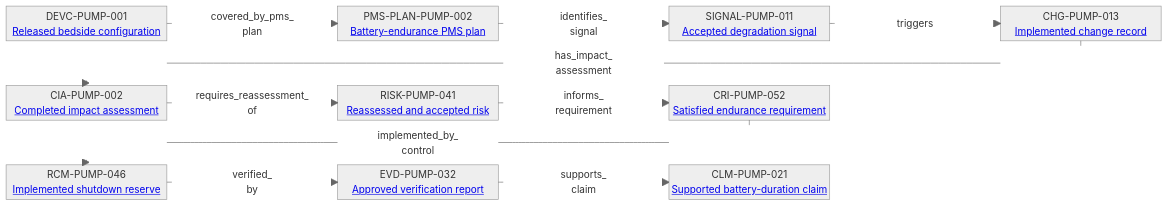
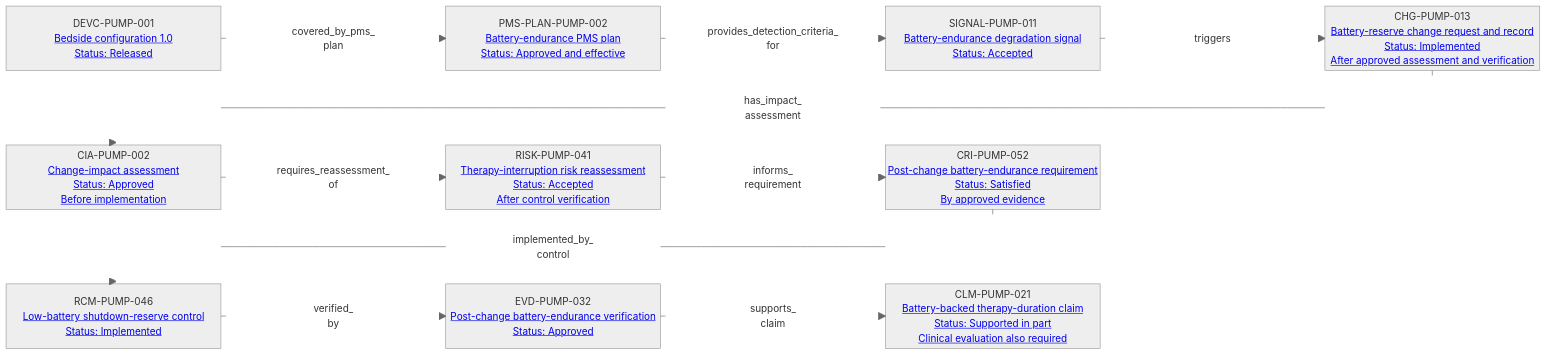
Before and after one commit to mvattulainen/mdrontology: the diagram in content/06-Infpump FlowGuard ontology notes/connections/11-completed-battery-endurance-lifecycle.md, drawn with Mermaid (neutral theme). The commit also changed other lines of this file and 220 other files, not shown here.

````diff
--- a/content/06-Infpump FlowGuard ontology notes/connections/11-completed-battery-endurance-lifecycle.md
+++ b/content/06-Infpump FlowGuard ontology notes/connections/11-completed-battery-endurance-lifecycle.md
@@ -24,45 +24,45 @@
 ```mermaid
 %%{init: {"block": {"useMaxWidth": false}}}%%
 block-beta
   columns 7
-  N1["DEVC-PUMP-001<br/><a href='../../06-infpump-flowguard-ontology-notes/device-configuration/devc-pump-001-infpump-flowguard-bedside-configuration-10'>Released bedside configuration</a>"] L1["covered_by_pms_<br/>plan"] N2["PMS-PLAN-PUMP-002<br/><a href='../../06-infpump-flowguard-ontology-notes/pms-plan/pms-plan-pump-002-bedside-battery-endurance-post-market-surveillance-plan'>Battery-endurance PMS plan</a>"] L2["identifies_<br/>signal"] N3["SIGNAL-PUMP-011<br/><a href='../../06-infpump-flowguard-ontology-notes/signal/signal-pump-011-confirmed-battery-endurance-degradation-trend'>Accepted degradation signal</a>"] L3["triggers"] N4["CHG-PUMP-013<br/><a href='../../06-infpump-flowguard-ontology-notes/change/chg-pump-013-battery-energy-reserve-threshold-update'>Implemented change record</a>"]
+  N1["DEVC-PUMP-001<br/><a href='../../06-infpump-flowguard-ontology-notes/device-configuration/devc-pump-001-infpump-flowguard-bedside-configuration-10'>Bedside configuration 1.0<br/>Status: Released</a>"] L1["covered_by_pms_<br/>plan"] N2["PMS-PLAN-PUMP-002<br/><a href='../../06-infpump-flowguard-ontology-notes/pms-plan/pms-plan-pump-002-bedside-battery-endurance-post-market-surveillance-plan'>Battery-endurance PMS plan<br/>Status: Approved and effective</a>"] L2["provides_detection_criteria_<br/>for"] N3["SIGNAL-PUMP-011<br/><a href='../../06-infpump-flowguard-ontology-notes/signal/signal-pump-011-confirmed-battery-endurance-degradation-trend'>Battery-endurance degradation signal<br/>Status: Accepted</a>"] L3["triggers"] N4["CHG-PUMP-013<br/><a href='../../06-infpump-flowguard-ontology-notes/change/chg-pump-013-battery-energy-reserve-threshold-update'>Battery-reserve change request and record<br/>Status: Implemented<br/>After approved assessment and verification</a>"]
   P1[" "] space:2 L4["has_impact_<br/>assessment"] space:2 P4[" "]
-  N5["CIA-PUMP-002<br/><a href='../../06-infpump-flowguard-ontology-notes/change-impact-assessment/cia-pump-002-battery-endurance-signal-change-impact-assessment'>Completed impact assessment</a>"] L5["requires_reassessment_<br/>of"] N6["RISK-PUMP-041<br/><a href='../../06-infpump-flowguard-ontology-notes/risk/risk-pump-041-therapy-interruption-after-battery-endurance-degradation'>Reassessed and accepted risk</a>"] L6["informs_<br/>requirement"] N7["CRI-PUMP-052<br/><a href='../../06-infpump-flowguard-ontology-notes/compliance-requirement-instance/cri-pump-052-minimum-post-change-battery-endurance'>Satisfied endurance requirement</a>"] space:2
+  N5["CIA-PUMP-002<br/><a href='../../06-infpump-flowguard-ontology-notes/change-impact-assessment/cia-pump-002-battery-endurance-signal-change-impact-assessment'>Change-impact assessment<br/>Status: Approved<br/>Before implementation</a>"] L5["requires_reassessment_<br/>of"] N6["RISK-PUMP-041<br/><a href='../../06-infpump-flowguard-ontology-notes/risk/risk-pump-041-therapy-interruption-after-battery-endurance-degradation'>Therapy-interruption risk reassessment<br/>Status: Accepted<br/>After control verification</a>"] L6["informs_<br/>requirement"] N7["CRI-PUMP-052<br/><a href='../../06-infpump-flowguard-ontology-notes/compliance-requirement-instance/cri-pump-052-minimum-post-change-battery-endurance'>Post-change battery-endurance requirement<br/>Status: Satisfied<br/>By approved evidence</a>"] space:2
   Q1[" "] space L7["implemented_by_<br/>control"] space Q5[" "] space:2
-  N8["RCM-PUMP-046<br/><a href='../../06-infpump-flowguard-ontology-notes/risk-control-measure/rcm-pump-046-conservative-low-battery-shutdown-reserve'>Implemented shutdown reserve</a>"] L8["verified_<br/>by"] N9["EVD-PUMP-032<br/><a href='../../06-infpump-flowguard-ontology-notes/verification-evidence/evd-pump-032-post-change-battery-endurance-verification-report'>Approved verification report</a>"] L9["supports_<br/>claim"] N10["CLM-PUMP-021<br/><a href='../../06-infpump-flowguard-ontology-notes/clinical-claim/clm-pump-021-maintains-specified-battery-backed-therapy-duration'>Supported battery-duration claim</a>"] space:2
+  N8["RCM-PUMP-046<br/><a href='../../06-infpump-flowguard-ontology-notes/risk-control-measure/rcm-pump-046-conservative-low-battery-shutdown-reserve'>Low-battery shutdown-reserve control<br/>Status: Implemented</a>"] L8["verified_<br/>by"] N9["EVD-PUMP-032<br/><a href='../../06-infpump-flowguard-ontology-notes/verification-evidence/evd-pump-032-post-change-battery-endurance-verification-report'>Post-change battery-endurance verification<br/>Status: Approved</a>"] L9["supports_<br/>claim"] N10["CLM-PUMP-021<br/><a href='../../06-infpump-flowguard-ontology-notes/clinical-claim/clm-pump-021-maintains-specified-battery-backed-therapy-duration'>Battery-backed therapy-duration claim<br/>Status: Supported in part<br/>Clinical evaluation also required</a>"] space:2
   N1 --- L1
   L1 --> N2
   N2 --- L2
   L2 --> N3
   N3 --- L3
   L3 --> N4
   N4 --- P4
   P4 --- L4
   L4 --- P1
   P1 --> N5
   N5 --- L5
   L5 --> N6
   N6 --- L6
   L6 --> N7
   N7 --- Q5
   Q5 --- L7
   L7 --- Q1
   Q1 --> N8
   N8 --- L8
   L8 --> N9
   N9 --- L9
   L9 --> N10
   classDef edgeLabel fill:transparent,stroke:transparent
   classDef route fill:transparent,stroke:transparent,color:transparent
   class L1,L2,L3,L4,L5,L6,L7,L8,L9 edgeLabel
   class P1,P4,Q1,Q5 route
   %% typed-edge N1|covered_by_pms_plan|N2
-  %% typed-edge N2|identifies_signal|N3
+  %% typed-edge N2|provides_detection_criteria_for|N3
   %% typed-edge N3|triggers|N4
   %% typed-edge N4|has_impact_assessment|N5
   %% typed-edge N5|requires_reassessment_of|N6
   %% typed-edge N6|informs_requirement|N7
   %% typed-edge N7|implemented_by_control|N8
   %% typed-edge N8|verified_by|N9
   %% typed-edge N9|supports_claim|N10
 ```
````
